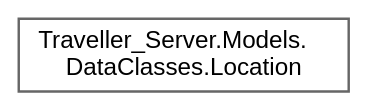
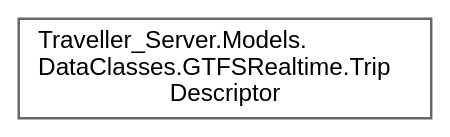
The diagram in Servidor/inherit_graph_52.dot (VenelinArgirov/manual-tecnico.github.io), drawn with Graphviz before and after one commit. The commit also changed 1719 other files, not shown here.

```diff
--- a/Servidor/inherit_graph_52.dot
+++ b/Servidor/inherit_graph_52.dot
@@ -1,9 +1,9 @@
 digraph "Graphical Class Hierarchy"
 {
  // LATEX_PDF_SIZE
   bgcolor="transparent";
   edge [fontname=Helvetica,fontsize=10,labelfontname=Helvetica,labelfontsize=10];
   node [fontname=Helvetica,fontsize=10,shape=box,height=0.2,width=0.4];
   rankdir="LR";
-  Node0 [label="Traveller_Server.Models.\lDataClasses.Location",height=0.2,width=0.4,color="grey40", fillcolor="white", style="filled",URL="$class_traveller___server_1_1_models_1_1_data_classes_1_1_location.html",tooltip="Data class that represents a location in the map with latitude and longitude coordinates."];
+  Node0 [label="Traveller_Server.Models.\lDataClasses.GTFSRealtime.Trip\lDescriptor",height=0.2,width=0.4,color="grey40", fillcolor="white", style="filled",URL="$class_traveller___server_1_1_models_1_1_data_classes_1_1_g_t_f_s_realtime_1_1_trip_descriptor.html",tooltip="Class to describe a GTFS trip."];
 }
```
